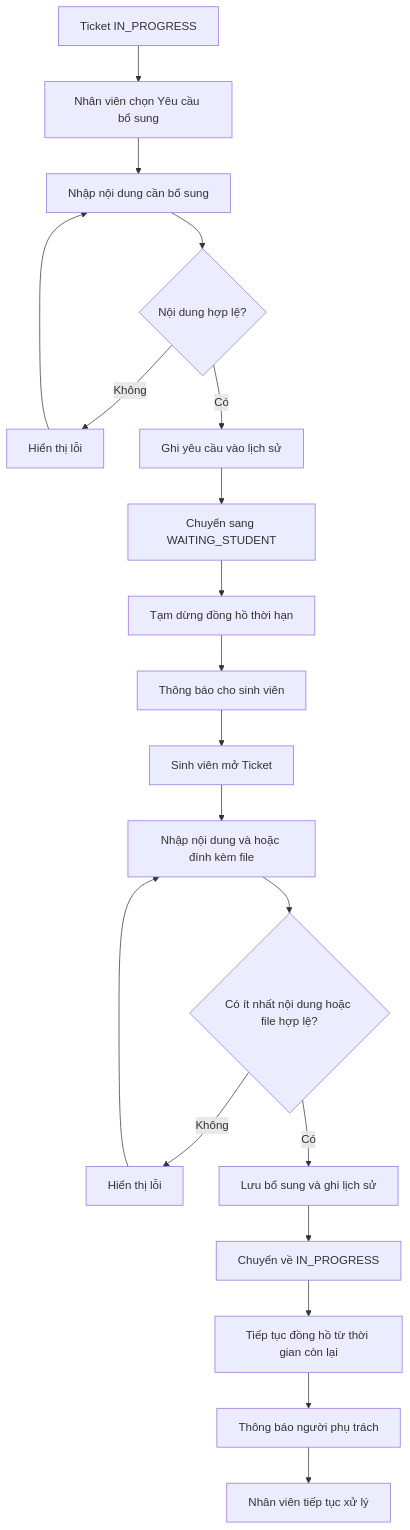
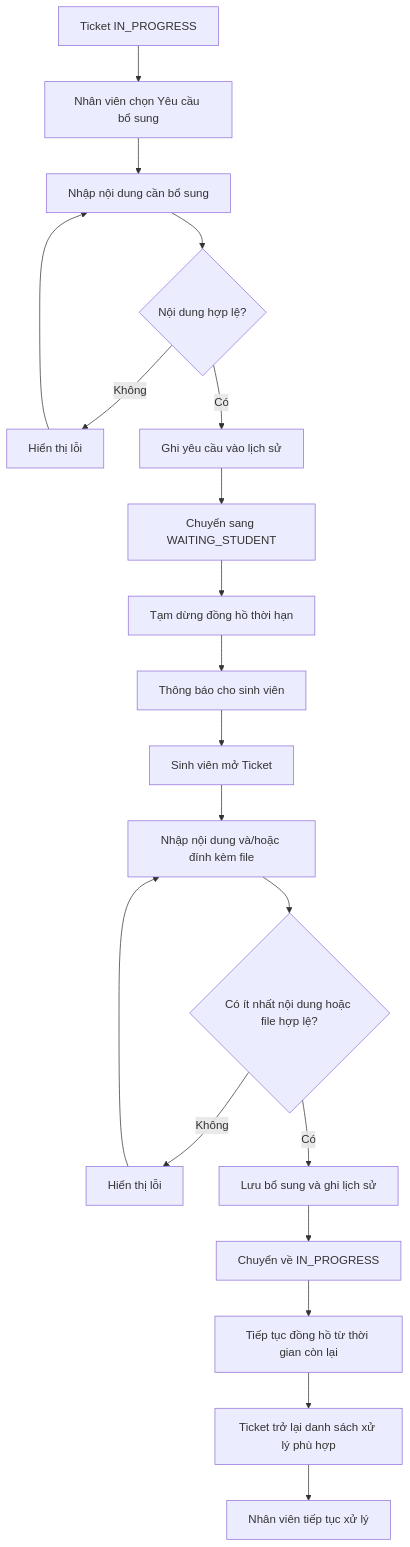
The diagram in 04-workflows/WF-03-request-supplement.md (trvannhan/unisupport-docs), drawn with Mermaid before and after one commit.

Commit message:
Polish WF-03-request-supplement.md after workflow consistency review

````diff
--- a/04-workflows/WF-03-request-supplement.md
+++ b/04-workflows/WF-03-request-supplement.md
@@ -9,23 +9,23 @@
 ```mermaid
 flowchart TD
     A[Ticket IN_PROGRESS] --> B[Nhân viên chọn Yêu cầu bổ sung]
     B --> C[Nhập nội dung cần bổ sung]
     C --> D{Nội dung hợp lệ?}
     D -->|Không| E[Hiển thị lỗi]
     E --> C
     D -->|Có| F[Ghi yêu cầu vào lịch sử]
     F --> G[Chuyển sang WAITING_STUDENT]
     G --> H[Tạm dừng đồng hồ thời hạn]
     H --> I[Thông báo cho sinh viên]
 
     I --> J[Sinh viên mở Ticket]
-    J --> K[Nhập nội dung và hoặc đính kèm file]
+    J --> K[Nhập nội dung và/hoặc đính kèm file]
     K --> L{Có ít nhất nội dung hoặc file hợp lệ?}
     L -->|Không| M[Hiển thị lỗi]
     M --> K
     L -->|Có| N[Lưu bổ sung và ghi lịch sử]
     N --> O[Chuyển về IN_PROGRESS]
     O --> P[Tiếp tục đồng hồ từ thời gian còn lại]
-    P --> Q[Thông báo người phụ trách]
+    P --> Q[Ticket trở lại danh sách xử lý phù hợp]
     Q --> R[Nhân viên tiếp tục xử lý]
 ```
````
